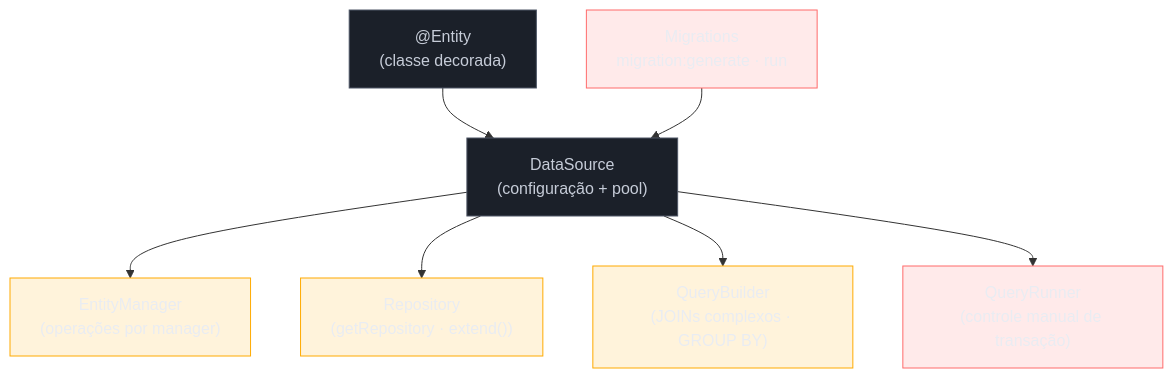
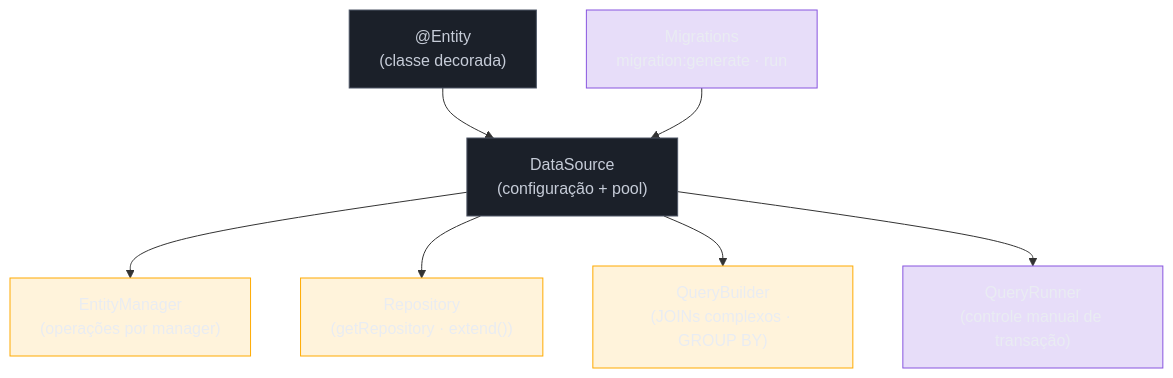
Before and after one commit to josenaldo/codex-technomanticus: the diagram in 03-Dominios/Tecnologia/Node/ORMs e banco de dados/04 - TypeORM - decorators ao estilo JPA.md, drawn with Mermaid. The commit also changed 601 other files, not shown here.

````diff
--- a/03-Dominios/Tecnologia/Node/ORMs e banco de dados/04 - TypeORM - decorators ao estilo JPA.md
+++ b/03-Dominios/Tecnologia/Node/ORMs e banco de dados/04 - TypeORM - decorators ao estilo JPA.md
@@ -26,28 +26,28 @@
 ```mermaid
 flowchart TD
+    classDef marca fill:#8855DF33,stroke:#8855DF,color:#E9ECF2
     classDef neutro fill:#1B2029,stroke:#4E5666,color:#C6CCD8
     classDef destaque fill:#FFAA0024,stroke:#FFAA00,color:#E9ECF2
-    classDef falha fill:#FF6B6B24,stroke:#FF6B6B,color:#E9ECF2
     DS["DataSource\n(configuração + pool)"]
     EM["EntityManager\n(operações por manager)"]
     REPO["Repository<T>\n(getRepository · extend())"]
     QB["QueryBuilder\n(JOINs complexos · GROUP BY)"]
     QR["QueryRunner\n(controle manual de transação)"]
     ENT["@Entity\n(classe decorada)"]
     MIG["Migrations\nmigration:generate · run"]
 
     DS --> EM
     DS --> REPO
     DS --> QB
     DS --> QR
     ENT --> DS
     MIG --> DS
 
     class DS neutro
     class ENT neutro
     class REPO destaque
     class QB destaque
-    class QR falha
-    class MIG falha
+    class QR marca
+    class MIG marca
     class EM destaque
 ```
````
